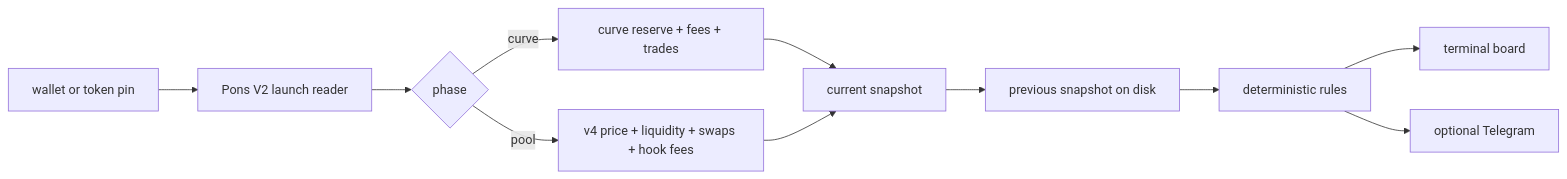
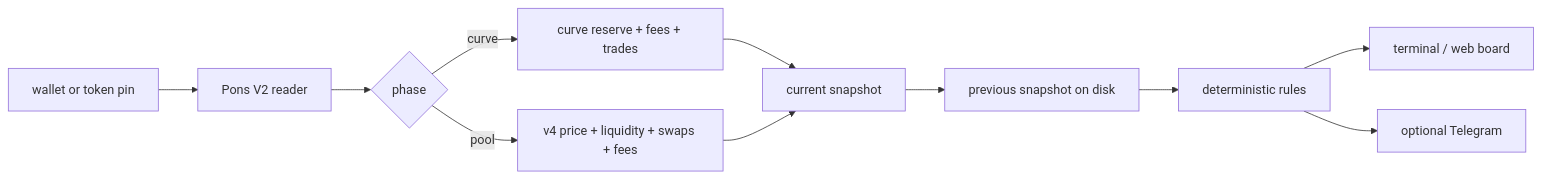
The diagram in README.md (Gipppp121/canary), drawn with Mermaid before and after one commit. The commit also changed other lines of this file, not shown here.

````diff
--- a/README.md
+++ b/README.md
@@ -91,13 +150,13 @@
 ```mermaid
 flowchart LR
-    A[wallet or token pin] --> B[Pons V2 launch reader]
+    A[wallet or token pin] --> B[Pons V2 reader]
     B --> C{phase}
     C -->|curve| D[curve reserve + fees + trades]
-    C -->|pool| E[v4 price + liquidity + swaps + hook fees]
+    C -->|pool| E[v4 price + liquidity + swaps + fees]
     D --> F[current snapshot]
     E --> F
     F --> G[previous snapshot on disk]
     G --> H[deterministic rules]
-    H --> I[terminal board]
+    H --> I[terminal / web board]
     H --> J[optional Telegram]
 ```
````
